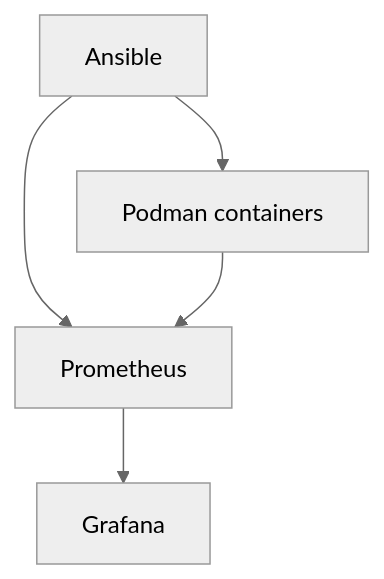
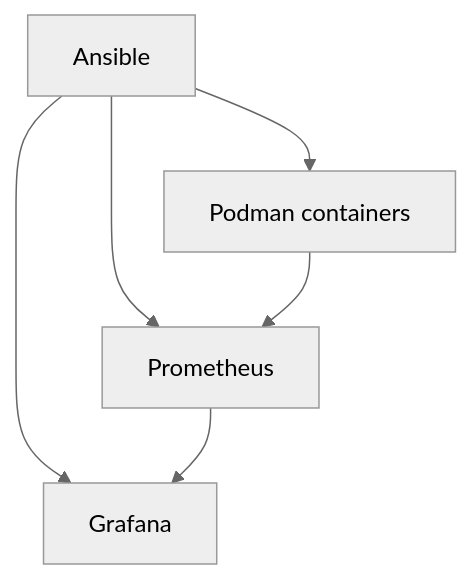
The diagram in Extra/service_architechture.md (Filipanderssondev/Container_Stack_Deployment_With_Ansible), drawn with Mermaid (neutral theme) before and after one commit.

Commit message:
Add D node to service architecture diagram

````diff
--- a/Extra/service_architechture.md
+++ b/Extra/service_architechture.md
@@ -1,6 +1,6 @@
 ```mermaid
 flowchart TB
-    A["Ansible"] --> B["Podman containers"] & C["Prometheus"]
+    A["Ansible"] --> B["Podman containers"] & C["Prometheus"] & D
     B --> C
     C --> D["Grafana"]
 ```
````
